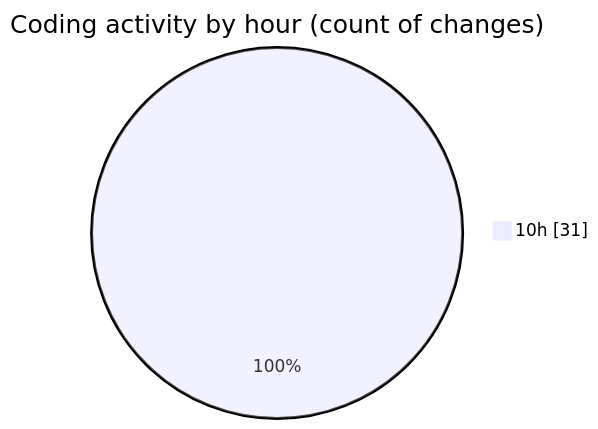
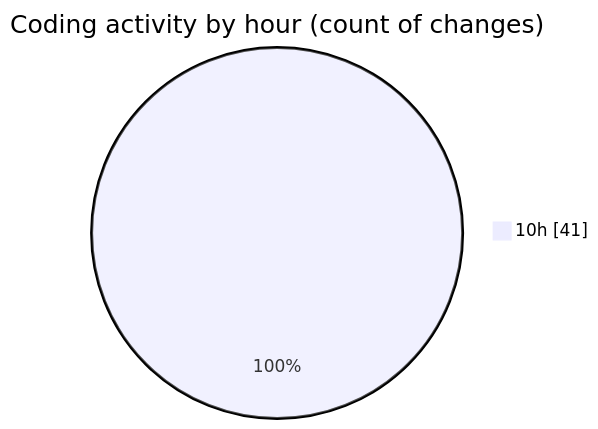
One commit to LanceThiago/code-tracking changed the second of 2 diagrams in 2025-01-13/nueva_carpeta/README.md. Above: the diagram before and after it, drawn with Mermaid. The commit also changed other lines of this file and 1 other file, not shown here.

````diff
--- a/2025-01-13/nueva_carpeta/README.md
+++ b/2025-01-13/nueva_carpeta/README.md
@@ -28,5 +28,5 @@
 ```mermaid
 pie showData
 title Coding activity by hour (count of changes)
-"10h" : 31
+"10h" : 41
 ```
````
